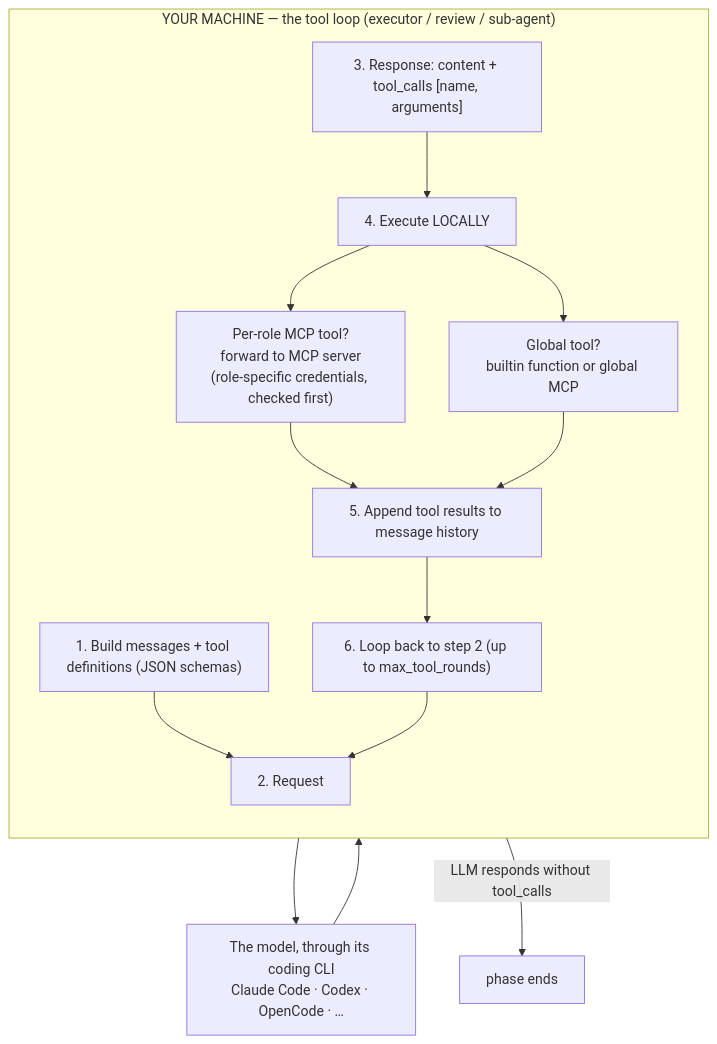
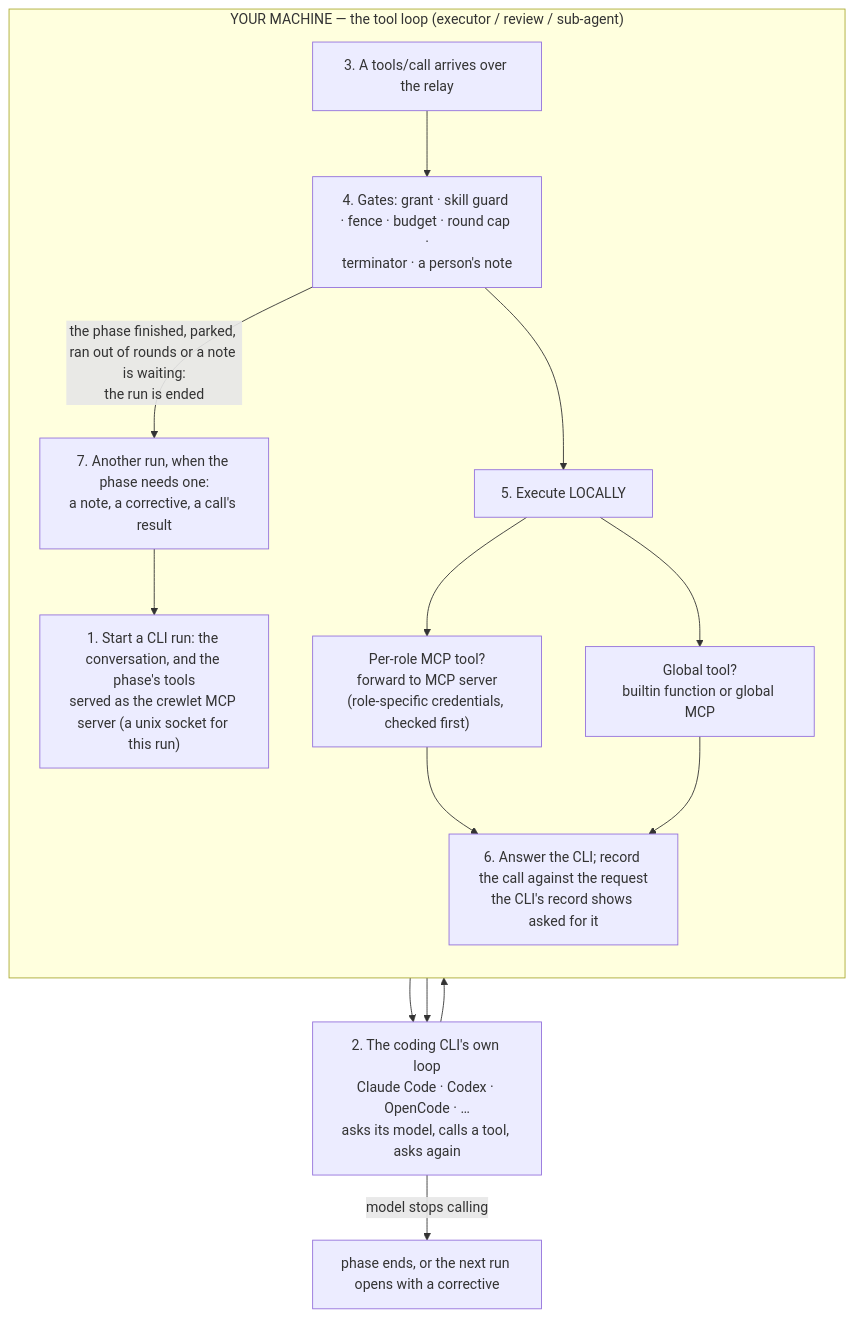
One commit to crewlet/crewlet changed the second of 5 diagrams in docs/concepts/agent-runtime.md. Above: the diagram before and after it, drawn with Mermaid. The commit also changed other lines of this file and 8 other files, not shown here.

First line of the commit message:
docs(docs): record CLI runs and the MCP tool route across the docs

````diff
--- a/docs/concepts/agent-runtime.md
+++ b/docs/concepts/agent-runtime.md
@@ -129,26 +129,27 @@
 ```mermaid
 flowchart TD
     subgraph machine["YOUR MACHINE — the tool loop (executor / review / sub-agent)"]
         direction TB
-        S1["1. Build messages + tool definitions (JSON schemas)"]
-        S2["2. Request"]
-        S3["3. Response: content + tool_calls [name, arguments]"]
-        S4["4. Execute LOCALLY"]
-        S5["5. Append tool results to message history"]
-        S6["6. Loop back to step 2 (up to max_tool_rounds)"]
+        S1["1. Start a CLI run: the conversation, and the phase's tools<br/>served as the crewlet MCP server (a unix socket for this run)"]
+        S3["3. A tools/call arrives over the relay"]
+        G["4. Gates: grant · skill guard · fence · budget · round cap ·<br/>terminator · a person's note"]
+        S4["5. Execute LOCALLY"]
+        S5["6. Answer the CLI; record the call against the request<br/>the CLI's record shows asked for it"]
         MCP["Per-role MCP tool?<br/>forward to MCP server<br/>(role-specific credentials, checked first)"]
         GLOBAL["Global tool?<br/>builtin function or global MCP"]
-        S1 --> S2
-        S3 --> S4
+        NEXT["7. Another run, when the phase needs one:<br/>a note, a corrective, a call's result"]
+        S3 --> G
+        G --> S4
         S4 --> MCP
         S4 --> GLOBAL
         MCP --> S5
         GLOBAL --> S5
-        S5 --> S6
-        S6 --> S2
+        NEXT --> S1
     end
-    LLM["The model, through its coding CLI<br/>Claude Code · Codex · OpenCode · …"]
-    S2 --> LLM
-    LLM --> S3
-    S6 -->|"LLM responds without tool_calls"| DONE["phase ends"]
+    CLI["2. The coding CLI's own loop<br/>Claude Code · Codex · OpenCode · …<br/>asks its model, calls a tool, asks again"]
+    S1 --> CLI
+    CLI --> S3
+    S5 --> CLI
+    G -->|"the phase finished, parked, ran out of rounds or a note is waiting:<br/>the run is ended"| NEXT
+    CLI -->|"model stops calling"| DONE["phase ends, or the next run opens with a corrective"]
 ```
````
